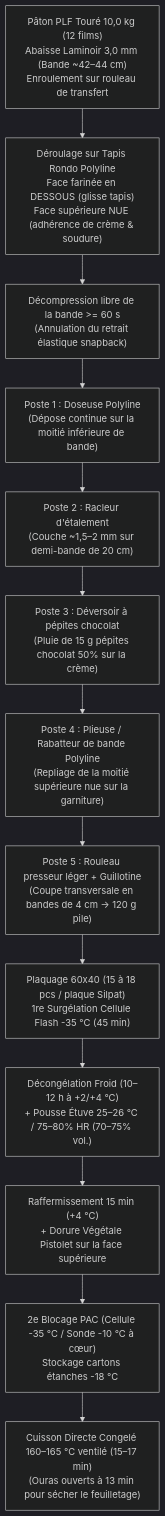
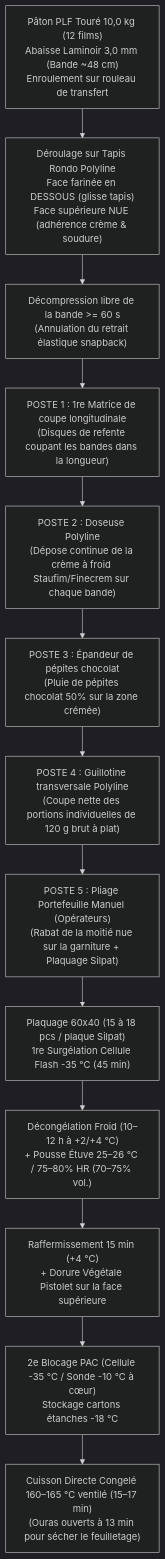
Before and after one commit to jri561/laboratoire-tourage-boulangerie: the diagram in recettes/catalogue/pain-suisse-chocolatine-pac.md, drawn with Mermaid (dark theme). The commit also changed other lines of this file and 2 other files, not shown here.

Commit message:
feat(plf): intégration du procédé réel pain suisse et oranais dépose abricots post-pousse

````diff
--- a/recettes/catalogue/pain-suisse-chocolatine-pac.md
+++ b/recettes/catalogue/pain-suisse-chocolatine-pac.md
@@ -75,16 +75,16 @@
 ```mermaid
 flowchart TD
-    A["Pâton PLF Touré 10,0 kg (12 films)\nAbaisse Laminoir 3,0 mm (Bande ~42–44 cm)\nEnroulement sur rouleau de transfert"] 
-    --> B["Déroulage sur Tapis Rondo Polyline\nFace farinée en DESSOUS (glisse tapis)\nFace supérieure NUE (adhérence de crème & soudure)"]
+    A["Pâton PLF Touré 10,0 kg (12 films)\nAbaisse Laminoir 3,0 mm (Bande ~48 cm)\nEnroulement sur rouleau de transfert"] 
+    --> B["Déroulage sur Tapis Rondo Polyline\nFace farinée en DESSOUS (glisse tapis)\nFace supérieure NUE (adhérence crème & soudure)"]
     --> C["Décompression libre de la bande >= 60 s\n(Annulation du retrait élastique snapback)"]
-    --> D["Poste 1 : Doseuse Polyline\n(Dépose continue sur la moitié inférieure de bande)"]
-    --> E["Poste 2 : Racleur d'étalement\n(Couche ~1,5–2 mm sur demi-bande de 20 cm)"]
-    --> F["Poste 3 : Déversoir à pépites chocolat\n(Pluie de 15 g pépites chocolat 50% sur la crème)"]
-    --> G["Poste 4 : Plieuse / Rabatteur de bande Polyline\n(Repliage de la moitié supérieure nue sur la garniture)"]
-    --> H["Poste 5 : Rouleau presseur léger + Guillotine\n(Coupe transversale en bandes de 4 cm -> 120 g pile)"]
+    --> D["POSTE 1 : 1re Matrice de coupe longitudinale\n(Disques de refente coupant les bandes dans la longueur)"]
+    --> E["POSTE 2 : Doseuse Polyline\n(Dépose continue de la crème à froid Staufim/Finecrem sur chaque bande)"]
+    --> F["POSTE 3 : Épandeur de pépites chocolat\n(Pluie de pépites chocolat 50% sur la zone crémée)"]
+    --> G["POSTE 4 : Guillotine transversale Polyline\n(Coupe nette des portions individuelles de 120 g brut à plat)"]
+    --> H["POSTE 5 : Pliage Portefeuille Manuel (Opérateurs)\n(Rabat de la moitié nue sur la garniture + Plaquage Silpat)"]
     --> I["Plaquage 60x40 (15 à 18 pcs / plaque Silpat)\n1re Surgélation Cellule Flash -35 °C (45 min)"]
     --> J["Décongélation Froid (10–12 h à +2/+4 °C)\n+ Pousse Étuve 25–26 °C / 75–80% HR (70–75% vol.)"]
     --> K["Raffermissement 15 min (+4 °C)\n+ Dorure Végétale Pistolet sur la face supérieure"]
     --> L["2e Blocage PAC (Cellule -35 °C / Sonde -10 °C à cœur)\nStockage cartons étanches -18 °C"]
     --> M["Cuisson Directe Congelé 160–165 °C ventilé (15–17 min)\n(Ouras ouverts à 13 min pour sécher le feuilletage)"]
 ```
````
